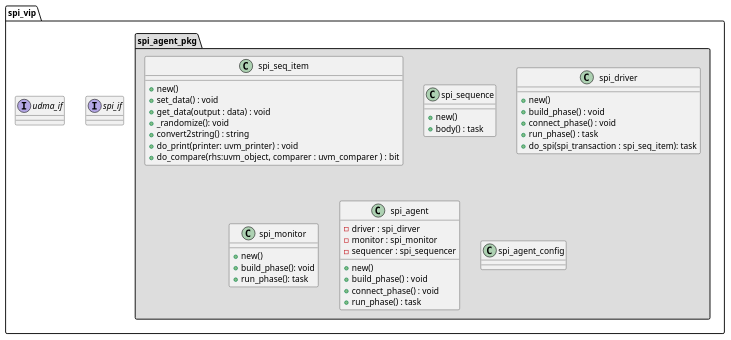
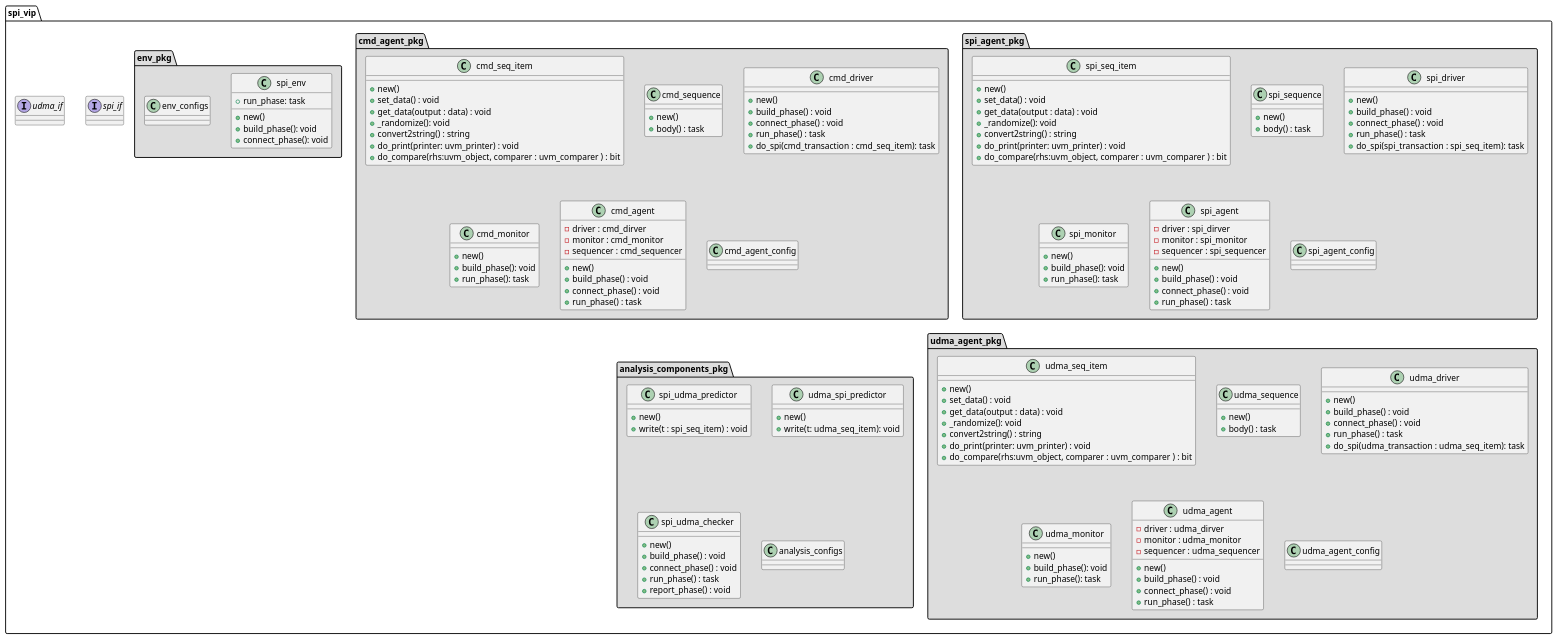
The diagram in sim/spi_uvm_vip/spi_doc/design.puml (accelr-net/udma_uart_vip), drawn with PlantUML before and after one commit.

Commit message:
STABLE : Made plantUML diagram for spi_agent_pkg, cmd_agent_pkg, udma_agent_pkg, analysis_component_pkg, env_pkg

```diff
--- a/sim/spi_uvm_vip/spi_doc/design.puml
+++ b/sim/spi_uvm_vip/spi_doc/design.puml
@@ -1,62 +1,185 @@
 @startuml spi_test
 
-set namespaceSeparator ::
 
 namespace spi_vip{
 
     interface spi_if{}
 
     interface udma_if{}
 
    package "spi_agent_pkg" #DDDDDD {
 
         class spi_seq_item{
             +new()
             +set_data() : void
             +get_data(output : data) : void
             +_randomize(): void
             +convert2string() : string
             +do_print(printer: uvm_printer) : void
             +do_compare(rhs:uvm_object, comparer : uvm_comparer ) : bit
         }
 
         class spi_sequence{
             +new()
             +body() : task
         }
 
         class spi_driver{
             +new()
             +build_phase() : void
             +connect_phase() : void
             +run_phase() : task
             +do_spi(spi_transaction : spi_seq_item): task
         }
 
         class spi_monitor{
             +new()
             +build_phase(): void
             +run_phase(): task
         }
 
         class spi_agent{
             -driver : spi_dirver
             -monitor : spi_monitor
             -sequencer : spi_sequencer
 
             +new()
             +build_phase() : void
             +connect_phase() : void
             +run_phase() : task
         }
 
         class spi_agent_config{
 
         }
     }
 
-' package com.plantuml {
-'   Object <|-- Demo1
-'   Demo1 *- Demo2
-' } 
+    package "cmd_agent_pkg" #DDDDDD{
+        class cmd_seq_item{
+            +new()
+            +set_data() : void
+            +get_data(output : data) : void
+            +_randomize(): void
+            +convert2string() : string
+            +do_print(printer: uvm_printer) : void
+            +do_compare(rhs:uvm_object, comparer : uvm_comparer ) : bit
+        }
+
+        class cmd_sequence {
+            +new()
+            +body() : task
+        }
+
+        class cmd_driver{
+            +new()
+            +build_phase() : void
+            +connect_phase() : void
+            +run_phase() : task
+            +do_spi(cmd_transaction : cmd_seq_item): task
+        }
+
+        class cmd_monitor{
+            +new()
+            +build_phase(): void
+            +run_phase(): task
+        }
+
+        class cmd_agent{
+            -driver : cmd_dirver
+            -monitor : cmd_monitor
+            -sequencer : cmd_sequencer
+
+            +new()
+            +build_phase() : void
+            +connect_phase() : void
+            +run_phase() : task
+        }
+
+        class cmd_agent_config{
+
+        }
+    }
+
+    package "udma_agent_pkg" #DDDDDD{
+        class udma_seq_item{
+            +new()
+            +set_data() : void
+            +get_data(output : data) : void
+            +_randomize(): void
+            +convert2string() : string
+            +do_print(printer: uvm_printer) : void
+            +do_compare(rhs:uvm_object, comparer : uvm_comparer ) : bit
+        }
+
+        class udma_sequence {
+            +new()
+            +body() : task
+        }
+
+        class udma_driver{
+            +new()
+            +build_phase() : void
+            +connect_phase() : void
+            +run_phase() : task
+            +do_spi(udma_transaction : udma_seq_item): task
+        }
+
+        class udma_monitor{
+            +new()
+            +build_phase(): void
+            +run_phase(): task
+        }
+
+        class udma_agent{
+            -driver : udma_dirver
+            -monitor : udma_monitor
+            -sequencer : udma_sequencer
+
+            +new()
+            +build_phase() : void
+            +connect_phase() : void
+            +run_phase() : task
+        }
+
+        class udma_agent_config{
+
+        }
+    }
+
+    package "analysis_components_pkg" #DDDDDD{
+        class spi_udma_predictor{
+            +new()
+            +write(t : spi_seq_item) : void
+        }
+
+        class udma_spi_predictor { 
+            +new()
+            +write(t: udma_seq_item): void
+        }
+
+        class spi_udma_checker {
+            +new()
+            +build_phase() : void
+            +connect_phase() : void
+            +run_phase() : task
+            +report_phase() : void
+        }
+
+        class analysis_configs{
+
+        }
+    }
+
+    package "env_pkg" #DDDDDD{
+        class spi_env{
+            +new()
+            +build_phase(): void
+            +connect_phase(): void
+            +run_phase: task
+        }
+
+        class env_configs{
+
+        } 
+    }
 @enduml
```
